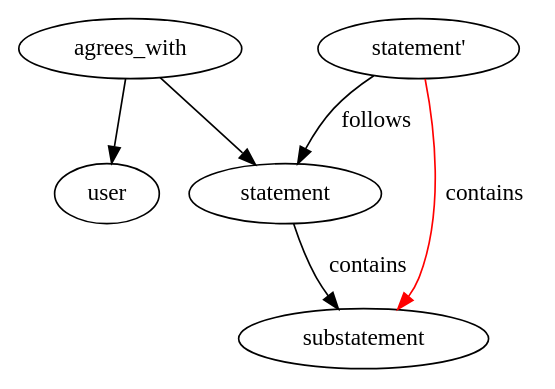
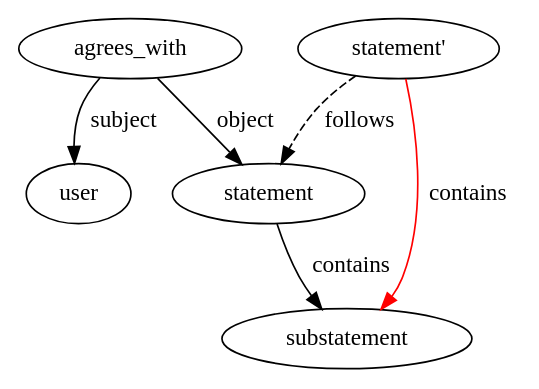
One commit to liqd/adhocracy3 changed the second of 5 diagrams in src/adhocracy.core/docs/supergraph.rst. Above: the diagram before and after it, drawn with Graphviz. The commit also changed other lines of this file, not shown here.

```diff
--- a/src/adhocracy.core/docs/supergraph.rst
+++ b/src/adhocracy.core/docs/supergraph.rst
@@ -122,7 +120,7 @@
 .. digraph:: graph_2
 
-    agrees_with -> user;
-    agrees_with -> statement;
+    agrees_with -> user [label = "subject"];
+    agrees_with -> statement [label = "object"];
     statement -> substatement [label = contains];
-    "statement'" -> statement [label = follows];
+    "statement'" -> statement [label = follows, style = dashed];
     "statement'" -> substatement [label = contains, color = red];
```
